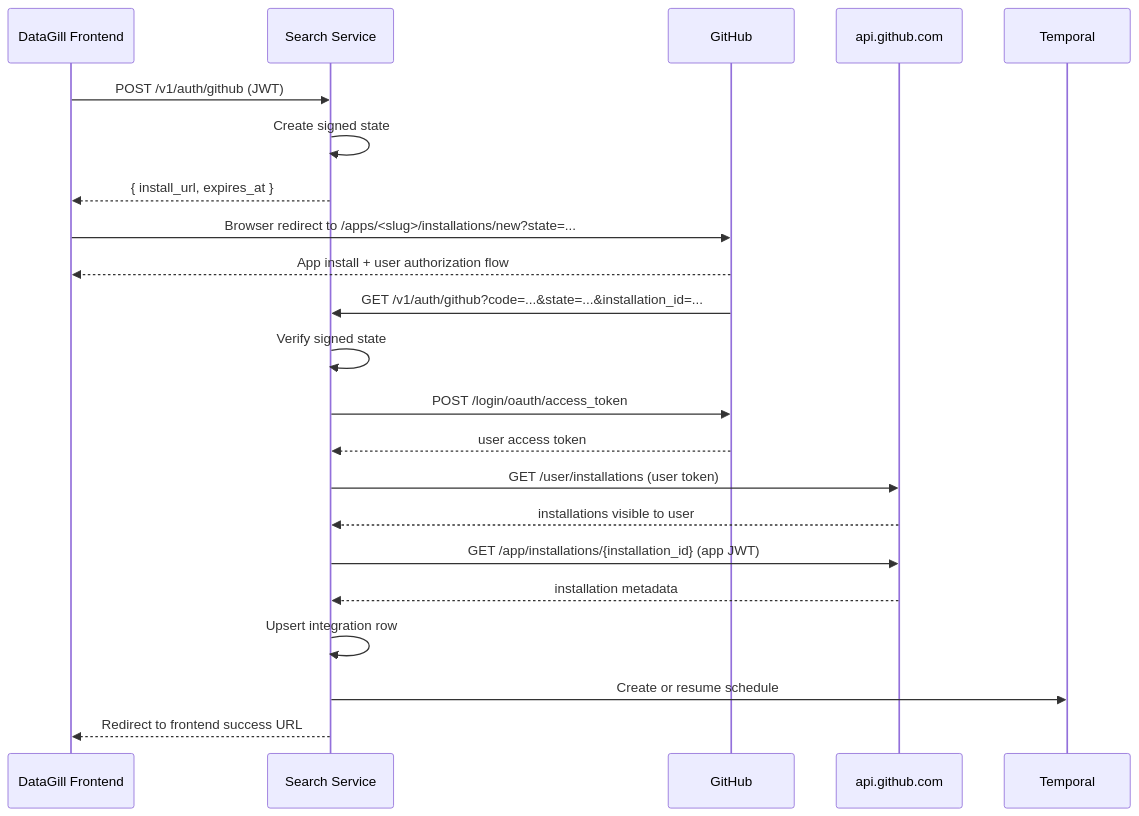
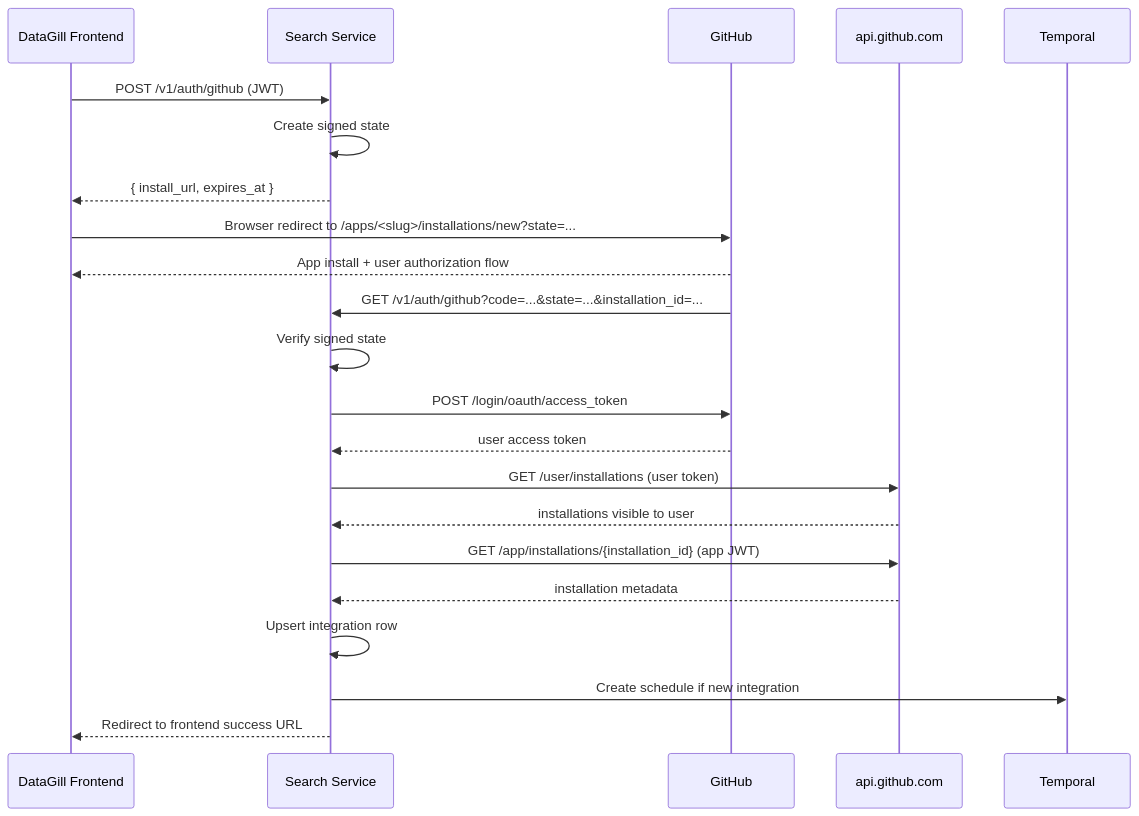
Before and after one commit to datagillhq/datagill-core: the diagram in docs/implementations/github-integration-implementation-plan.md, drawn with Mermaid. The commit also changed other lines of this file, not shown here.

````diff
--- a/docs/implementations/github-integration-implementation-plan.md
+++ b/docs/implementations/github-integration-implementation-plan.md
@@ -295,25 +291,25 @@
 ```mermaid
 sequenceDiagram
     participant UI as DataGill Frontend
     participant Search as Search Service
     participant GH as GitHub
     participant API as api.github.com
     participant Temporal as Temporal
 
     UI->>Search: POST /v1/auth/github (JWT)
     Search->>Search: Create signed state
     Search-->>UI: { install_url, expires_at }
     UI->>GH: Browser redirect to /apps/<slug>/installations/new?state=...
     GH-->>UI: App install + user authorization flow
     GH->>Search: GET /v1/auth/github?code=...&state=...&installation_id=...
     Search->>Search: Verify signed state
     Search->>GH: POST /login/oauth/access_token
     GH-->>Search: user access token
     Search->>API: GET /user/installations (user token)
     API-->>Search: installations visible to user
     Search->>API: GET /app/installations/{installation_id} (app JWT)
     API-->>Search: installation metadata
     Search->>Search: Upsert integration row
-    Search->>Temporal: Create or resume schedule
+    Search->>Temporal: Create schedule if new integration
     Search-->>UI: Redirect to frontend success URL
 ```
````
